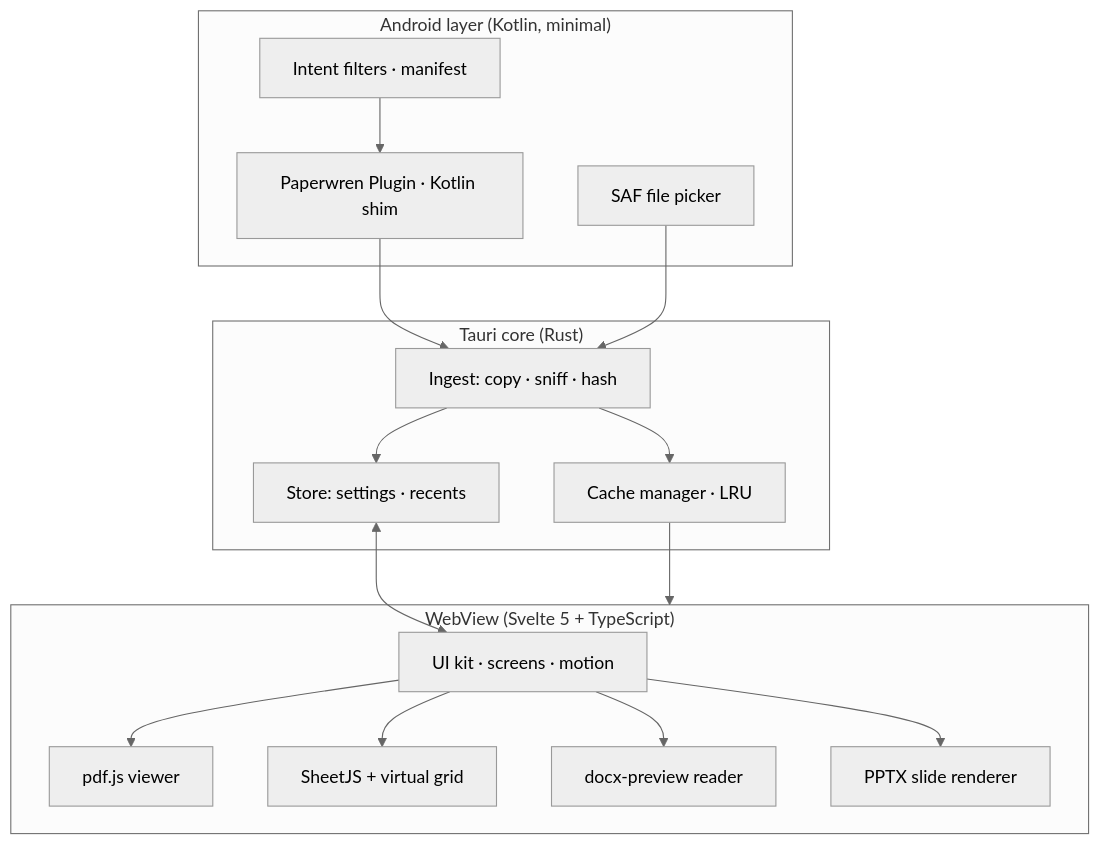
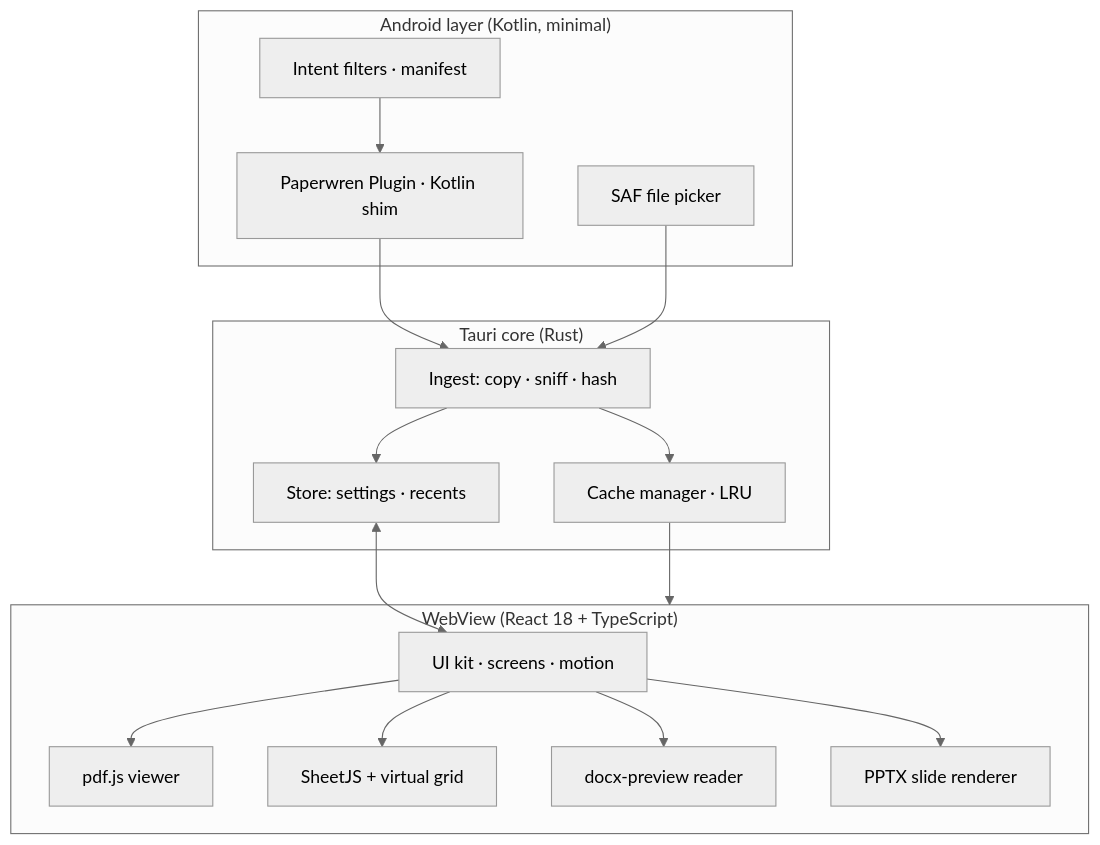
The first of 2 diagrams in docs/10-architecture.md (Razee4315/Paperwren), drawn with Mermaid (neutral theme) before and after one commit. The commit also changed other lines of this file and 1 other file, not shown here.

Commit message:
docs: bring the README and architecture notes in line with the app [cleanup]

````diff
--- a/docs/10-architecture.md
+++ b/docs/10-architecture.md
@@ -9,26 +9,26 @@
 ```mermaid
 flowchart TB
     subgraph ANDROID["Android layer (Kotlin, minimal)"]
         IF[Intent filters · manifest]
         SHIM[Paperwren Plugin · Kotlin shim]
         SAF[SAF file picker]
     end
     subgraph CORE["Tauri core (Rust)"]
         INGEST[Ingest: copy · sniff · hash]
         STORE[Store: settings · recents]
         CACHE[Cache manager · LRU]
     end
-    subgraph WEB["WebView (Svelte 5 + TypeScript)"]
+    subgraph WEB["WebView (React 18 + TypeScript)"]
         UI[UI kit · screens · motion]
         PDFV[pdf.js viewer]
         XLSV[SheetJS + virtual grid]
         DOCV[docx-preview reader]
         PPTV[PPTX slide renderer]
     end
     IF --> SHIM --> INGEST
     SAF --> INGEST
     INGEST --> CACHE --> WEB
     INGEST --> STORE
     STORE <--> UI
     UI --> PDFV & XLSV & DOCV & PPTV
 ```
````
